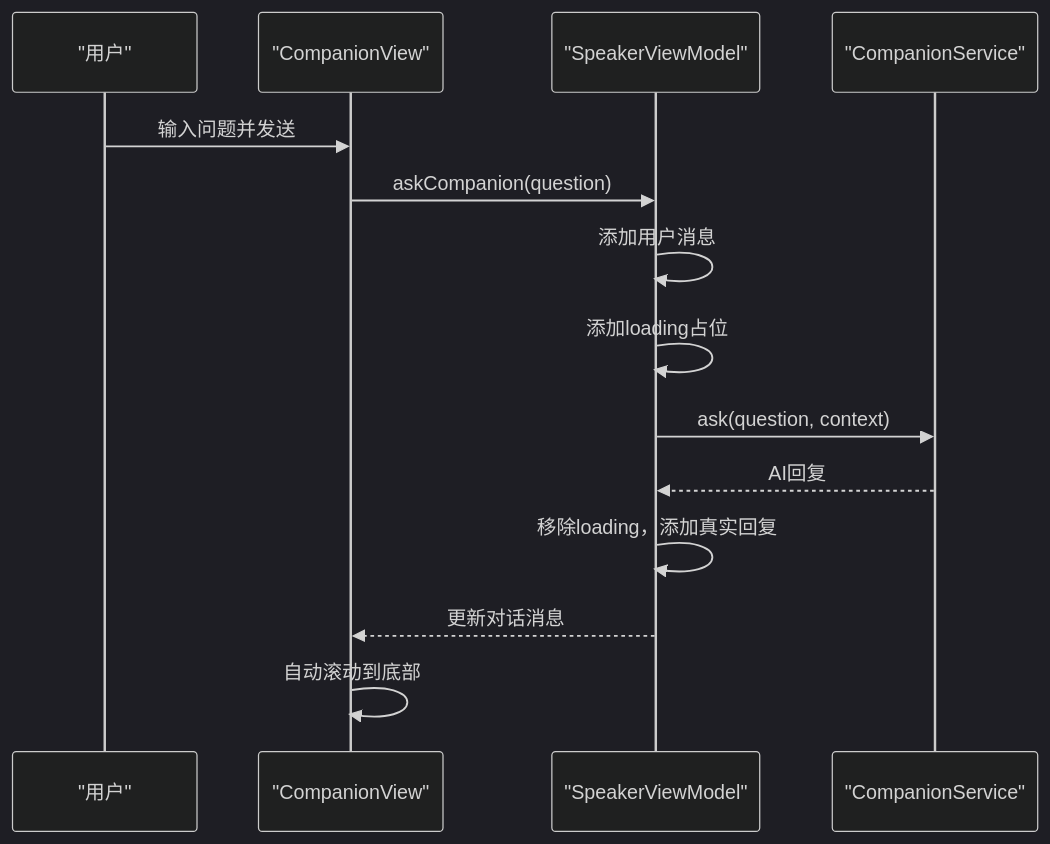
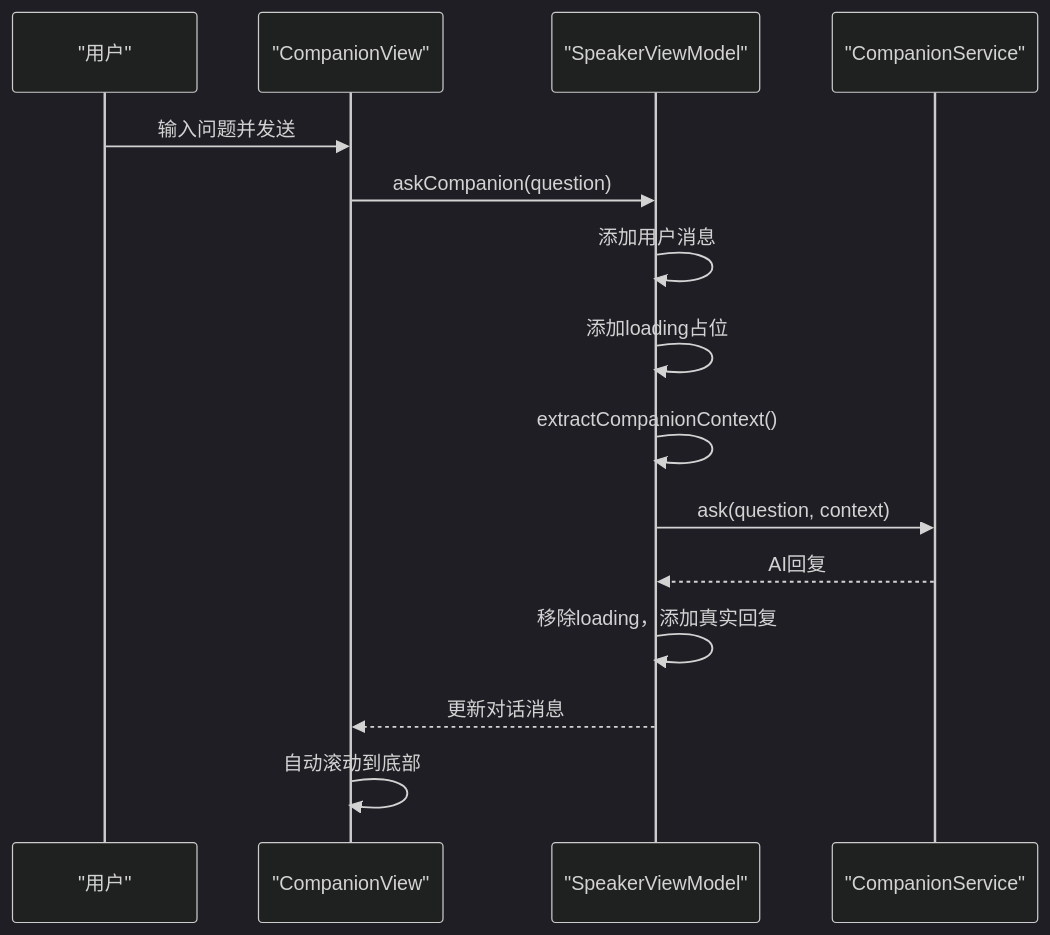
Before and after one commit to Primoguo/Knowledge: the fifth of 9 diagrams in .qoder/repowiki/zh/content/用户界面设计/播放器界面.md, drawn with Mermaid (dark theme). The commit also changed other lines of this file and 52 other files, not shown here.

````diff
--- a/.qoder/repowiki/zh/content/用户界面设计/播放器界面.md
+++ b/.qoder/repowiki/zh/content/用户界面设计/播放器界面.md
@@ -268,16 +282,17 @@
 ```mermaid
 sequenceDiagram
 participant User as "用户"
 participant CV as "CompanionView"
 participant VM as "SpeakerViewModel"
 participant CS as "CompanionService"
 User->>CV : 输入问题并发送
 CV->>VM : askCompanion(question)
 VM->>VM : 添加用户消息
 VM->>VM : 添加loading占位
+VM->>VM : extractCompanionContext()
 VM->>CS : ask(question, context)
 CS-->>VM : AI回复
 VM->>VM : 移除loading，添加真实回复
 VM-->>CV : 更新对话消息
 CV->>CV : 自动滚动到底部
 ```
````
